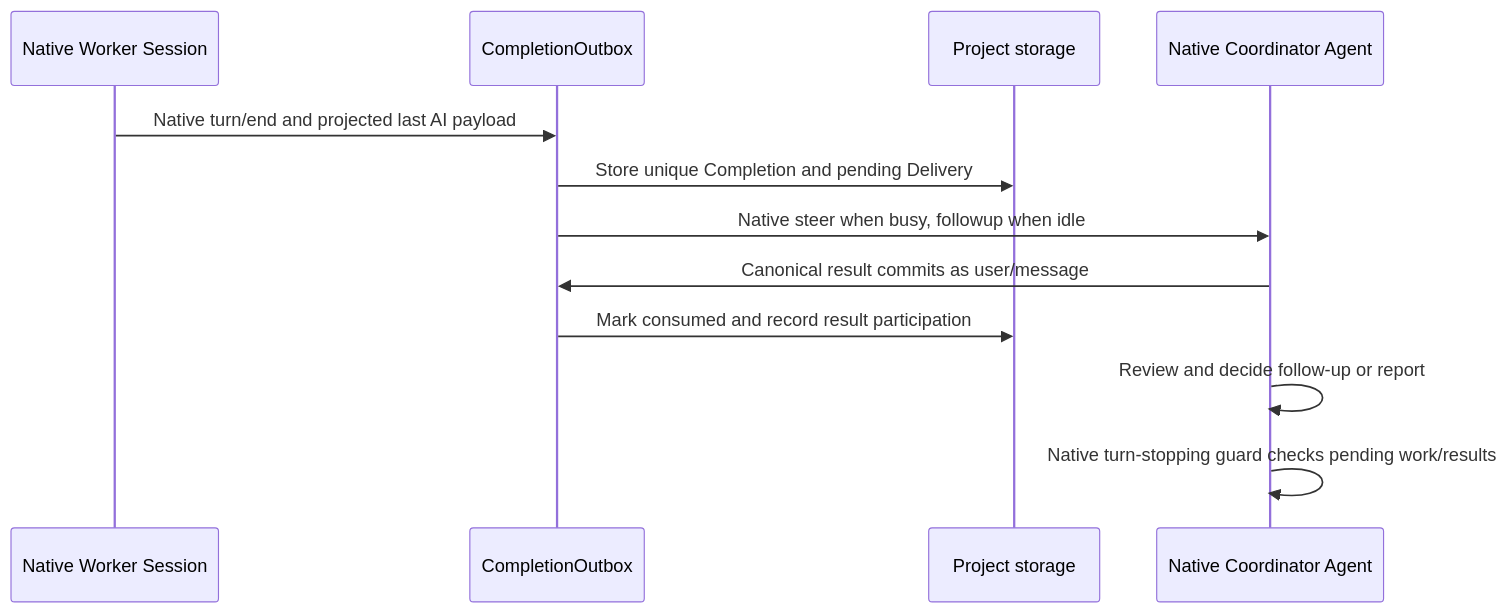
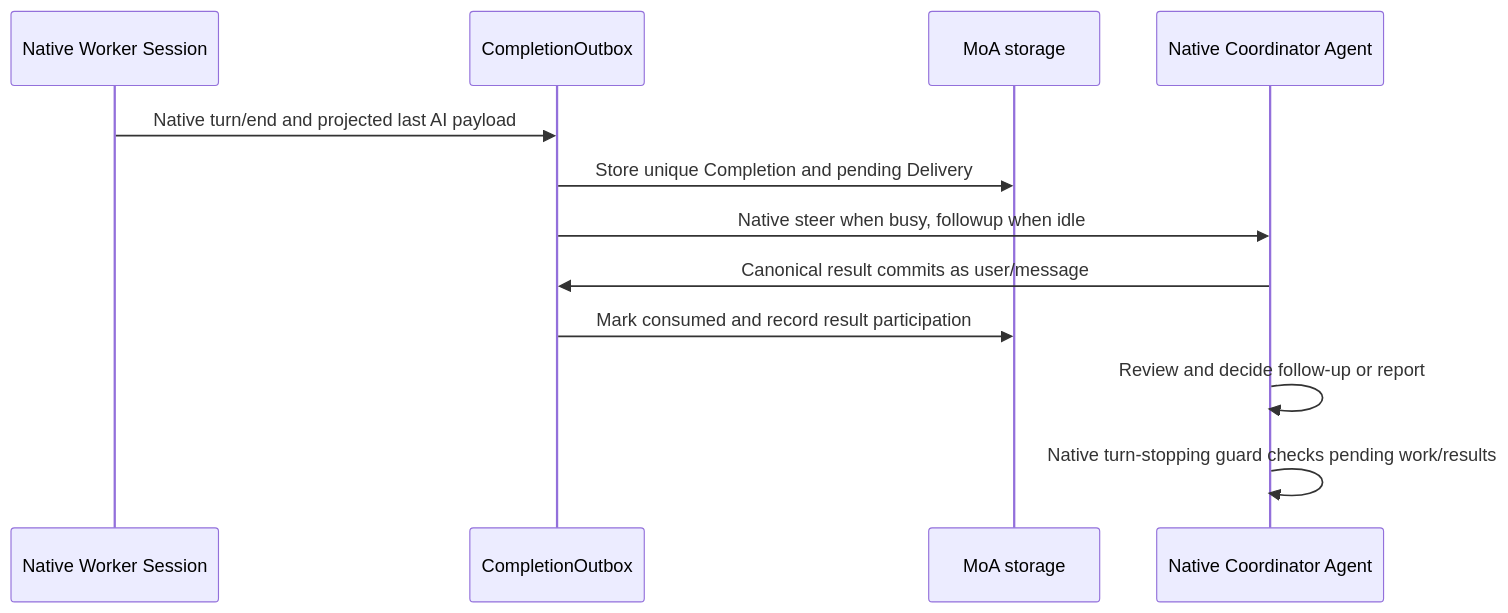
Before and after one commit to Burns1028/dsh-plugin-project-mode: the diagram in docs/architecture.md, drawn with Mermaid. The commit also changed other lines of this file and 198 other files, not shown here.

````diff
--- a/docs/architecture.md
+++ b/docs/architecture.md
@@ -100,14 +100,14 @@
 ```mermaid
 sequenceDiagram
     participant W as Native Worker Session
     participant O as CompletionOutbox
-    participant S as Project storage
+    participant S as MoA storage
     participant C as Native Coordinator Agent
     W->>O: Native turn/end and projected last AI payload
     O->>S: Store unique Completion and pending Delivery
     O->>C: Native steer when busy, followup when idle
     C->>O: Canonical result commits as user/message
     O->>S: Mark consumed and record result participation
     C->>C: Review and decide follow-up or report
     C->>C: Native turn-stopping guard checks pending work/results
 ```
````
